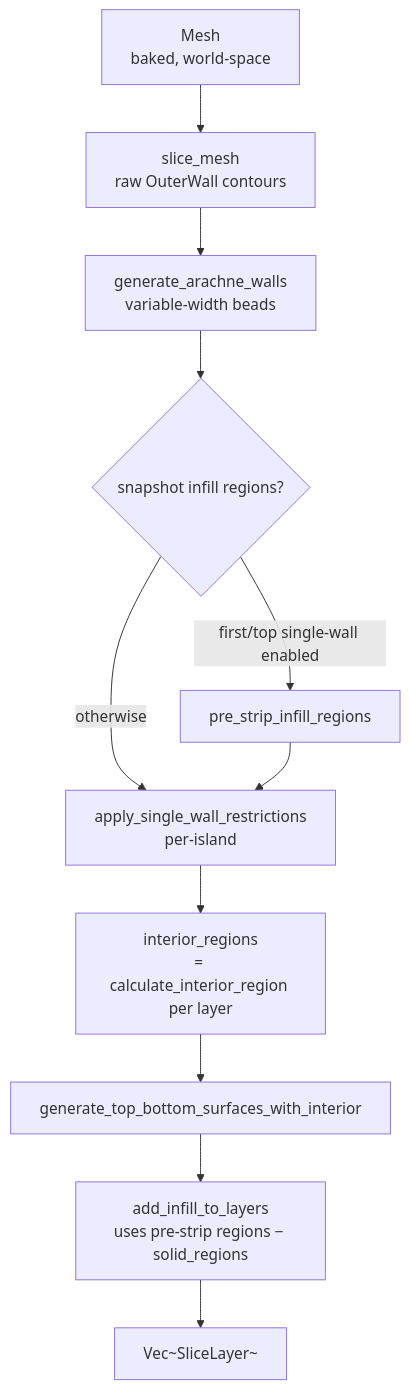
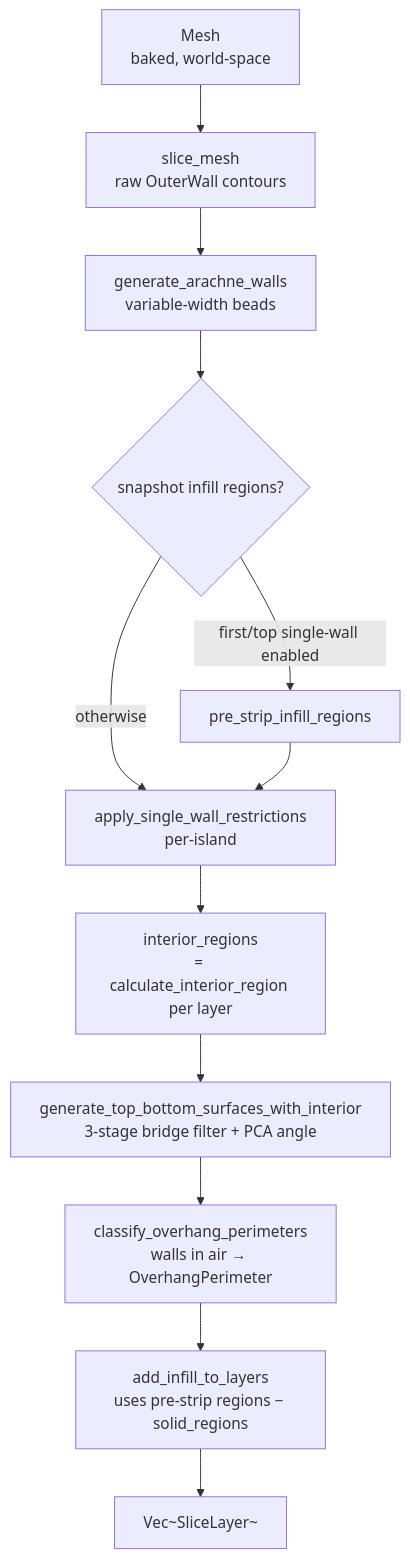
The second of 3 diagrams in src/core/README.md (max-scopp/slicer-engine), drawn with Mermaid before and after one commit. The commit also changed other lines of this file and 9 other files, not shown here.

First line of the commit message:
feat(bridges): 3-stage filter, PCA angle, OverhangPerimeter classification

````diff
--- a/src/core/README.md
+++ b/src/core/README.md
@@ -82,13 +87,14 @@
 ```mermaid
 flowchart TD
     M[Mesh<br/>baked, world-space] --> S1[slice_mesh<br/>raw OuterWall contours]
     S1 --> S2[generate_arachne_walls<br/>variable-width beads]
     S2 --> S3{snapshot infill regions?}
     S3 -->|first/top single-wall enabled| SN[pre_strip_infill_regions]
     S3 -->|otherwise| W
     SN --> W[apply_single_wall_restrictions<br/>per-island]
     W --> I[interior_regions<br/>= calculate_interior_region per layer]
-    I --> SF[generate_top_bottom_surfaces_with_interior]
-    SF --> IN[add_infill_to_layers<br/>uses pre-strip regions − solid_regions]
+    I --> SF[generate_top_bottom_surfaces_with_interior<br/>3-stage bridge filter + PCA angle]
+    SF --> OV[classify_overhang_perimeters<br/>walls in air → OverhangPerimeter]
+    OV --> IN[add_infill_to_layers<br/>uses pre-strip regions − solid_regions]
     IN --> L[Vec~SliceLayer~]
 ```
````
